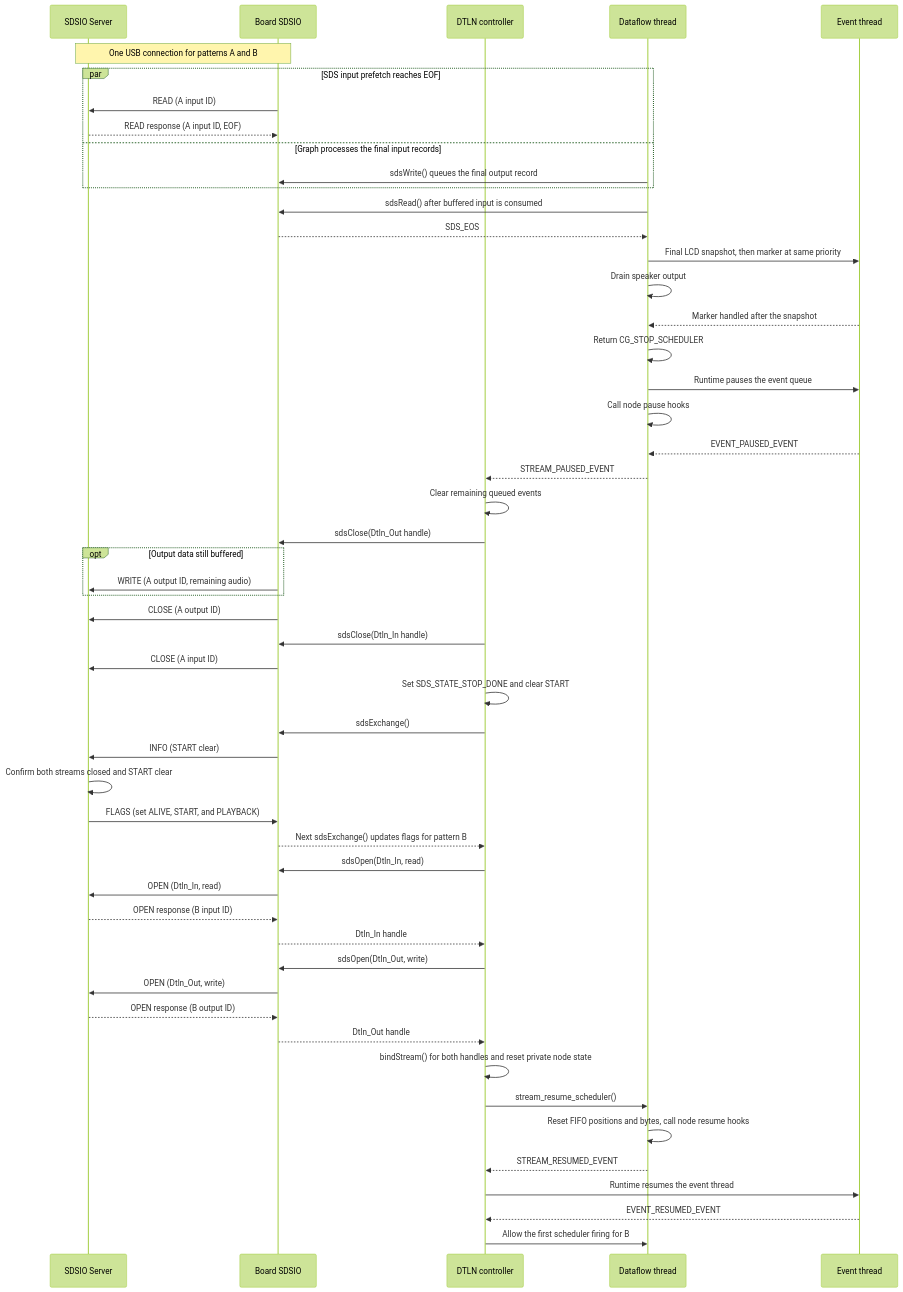
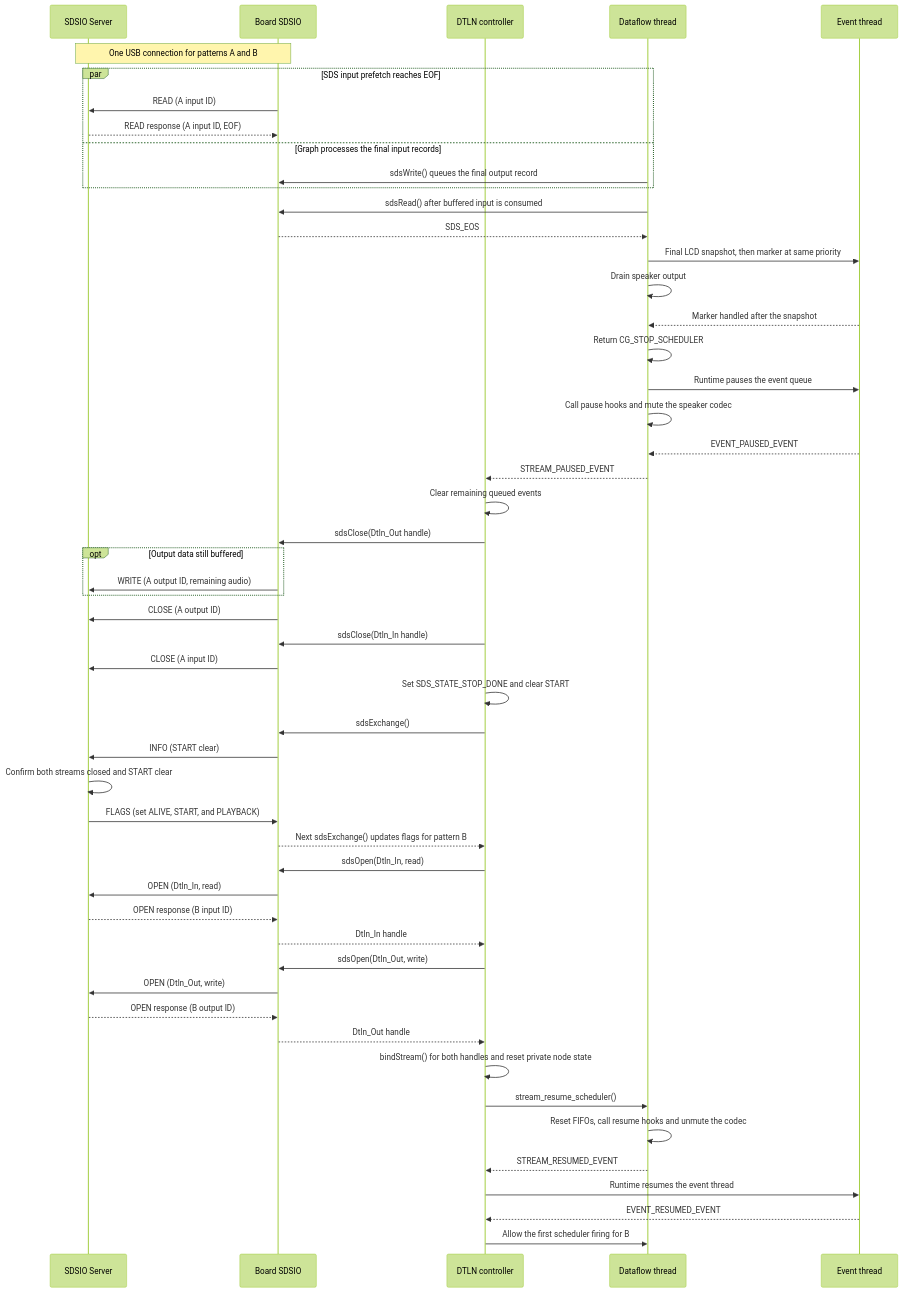
One commit to christophe0606/EthosCatalog changed the diagram in projects/dtln_aec/SDS_TESTS.md. Above: the diagram before and after it, drawn with Mermaid (forest theme). The commit also changed other lines of this file and 11 other files, not shown here.

Commit message:
Added mute / unmute in dtln demo

````diff
--- a/projects/dtln_aec/SDS_TESTS.md
+++ b/projects/dtln_aec/SDS_TESTS.md
@@ -82,54 +82,54 @@
 ```mermaid
 sequenceDiagram
     participant Host as SDSIO Server
     participant SDS as Board SDSIO
     participant Demo as DTLN controller
     participant Flow as Dataflow thread
     participant Events as Event thread
     Note over Host,SDS: One USB connection for patterns A and B
     par SDS input prefetch reaches EOF
         SDS->>Host: READ (A input ID)
         Host-->>SDS: READ response (A input ID, EOF)
     and Graph processes the final input records
         Flow->>SDS: sdsWrite() queues the final output record
     end
     Flow->>SDS: sdsRead() after buffered input is consumed
     SDS-->>Flow: SDS_EOS
     Flow->>Events: Final LCD snapshot, then marker at same priority
     Flow->>Flow: Drain speaker output
     Events-->>Flow: Marker handled after the snapshot
     Flow->>Flow: Return CG_STOP_SCHEDULER
     Flow->>Events: Runtime pauses the event queue
-    Flow->>Flow: Call node pause hooks
+    Flow->>Flow: Call pause hooks and mute the speaker codec
     Events-->>Flow: EVENT_PAUSED_EVENT
     Flow-->>Demo: STREAM_PAUSED_EVENT
     Demo->>Demo: Clear remaining queued events
     Demo->>SDS: sdsClose(Dtln_Out handle)
     opt Output data still buffered
         SDS->>Host: WRITE (A output ID, remaining audio)
     end
     SDS->>Host: CLOSE (A output ID)
     Demo->>SDS: sdsClose(Dtln_In handle)
     SDS->>Host: CLOSE (A input ID)
     Demo->>Demo: Set SDS_STATE_STOP_DONE and clear START
     Demo->>SDS: sdsExchange()
     SDS->>Host: INFO (START clear)
     Host->>Host: Confirm both streams closed and START clear
     Host->>SDS: FLAGS (set ALIVE, START, and PLAYBACK)
     SDS-->>Demo: Next sdsExchange() updates flags for pattern B
     Demo->>SDS: sdsOpen(Dtln_In, read)
     SDS->>Host: OPEN (Dtln_In, read)
     Host-->>SDS: OPEN response (B input ID)
     SDS-->>Demo: Dtln_In handle
     Demo->>SDS: sdsOpen(Dtln_Out, write)
     SDS->>Host: OPEN (Dtln_Out, write)
     Host-->>SDS: OPEN response (B output ID)
     SDS-->>Demo: Dtln_Out handle
     Demo->>Demo: bindStream() for both handles and reset private node state
     Demo->>Flow: stream_resume_scheduler()
-    Flow->>Flow: Reset FIFO positions and bytes, call node resume hooks
+    Flow->>Flow: Reset FIFOs, call resume hooks and unmute the codec
     Flow-->>Demo: STREAM_RESUMED_EVENT
     Demo->>Events: Runtime resumes the event thread
     Events-->>Demo: EVENT_RESUMED_EVENT
     Demo->>Flow: Allow the first scheduler firing for B
 ```
````
